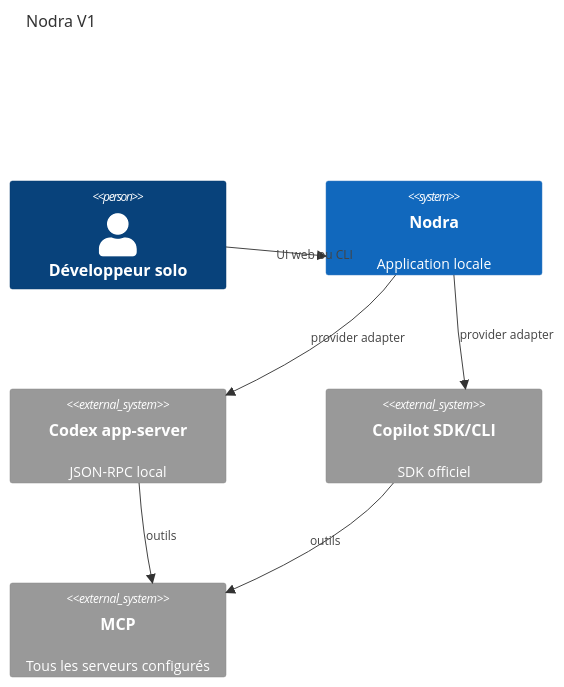
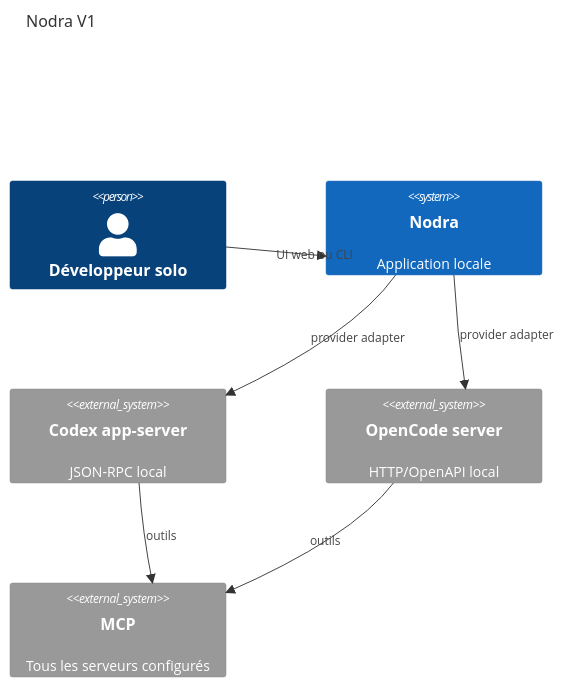
One commit to DabiK/nodra changed the first of 3 diagrams in docs/technical/01-system.md. Above: the diagram before and after it, drawn with Mermaid. The commit also changed other lines of this file and 15 other files, not shown here.

Commit message:
docs: replace Copilot with OpenCode provider plan

````diff
--- a/docs/technical/01-system.md
+++ b/docs/technical/01-system.md
@@ -5,14 +5,14 @@
 ```mermaid
 C4Context
 title Nodra V1
 Person(user, "Développeur solo")
 System(nodra, "Nodra", "Application locale")
 System_Ext(codex, "Codex app-server", "JSON-RPC local")
-System_Ext(copilot, "Copilot SDK/CLI", "SDK officiel")
+System_Ext(opencode, "OpenCode server", "HTTP/OpenAPI local")
 System_Ext(mcp, "MCP", "Tous les serveurs configurés")
 Rel(user, nodra, "UI web ou CLI")
 Rel(nodra, codex, "provider adapter")
-Rel(nodra, copilot, "provider adapter")
+Rel(nodra, opencode, "provider adapter")
 Rel(codex, mcp, "outils")
-Rel(copilot, mcp, "outils")
+Rel(opencode, mcp, "outils")
 ```
````
